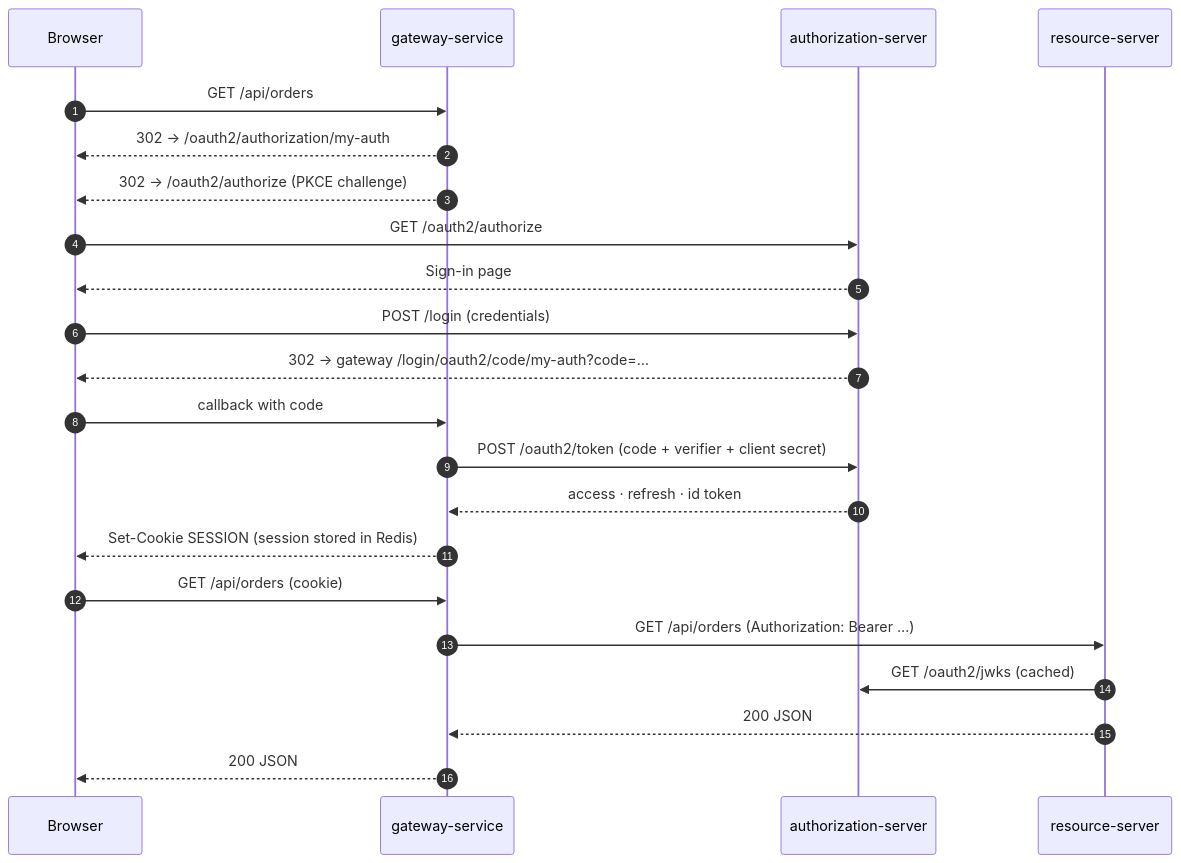
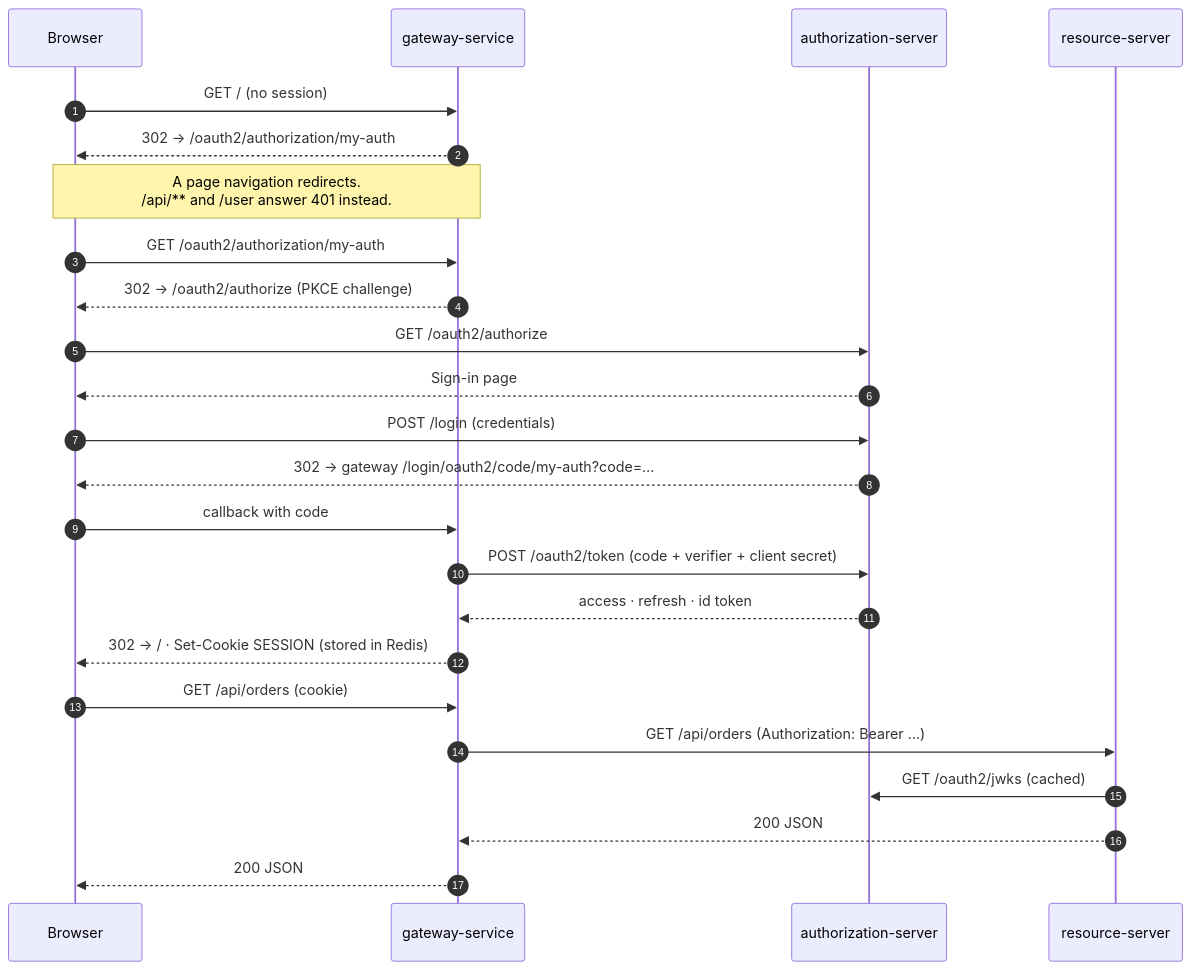
One commit to YaroslavYarmoshyk/authorization-system changed the second of 2 diagrams in README.md. Above: the diagram before and after it, drawn with Mermaid.

````diff
--- a/README.md
+++ b/README.md
@@ -120,25 +120,27 @@
 ```mermaid
 sequenceDiagram
     autonumber
     participant B as Browser
     participant G as gateway-service
     participant A as authorization-server
     participant R as resource-server
 
-    B->>G: GET /api/orders
+    B->>G: GET / (no session)
     G-->>B: 302 → /oauth2/authorization/my-auth
+    Note over B,G: A page navigation redirects.<br/>/api/** and /user answer 401 instead.
+    B->>G: GET /oauth2/authorization/my-auth
     G-->>B: 302 → /oauth2/authorize (PKCE challenge)
     B->>A: GET /oauth2/authorize
     A-->>B: Sign-in page
     B->>A: POST /login (credentials)
     A-->>B: 302 → gateway /login/oauth2/code/my-auth?code=…
     B->>G: callback with code
     G->>A: POST /oauth2/token (code + verifier + client secret)
     A-->>G: access · refresh · id token
-    G-->>B: Set-Cookie SESSION (session stored in Redis)
+    G-->>B: 302 → / · Set-Cookie SESSION (stored in Redis)
     B->>G: GET /api/orders (cookie)
     G->>R: GET /api/orders (Authorization: Bearer …)
     R->>A: GET /oauth2/jwks (cached)
     R-->>G: 200 JSON
     G-->>B: 200 JSON
 ```
````
